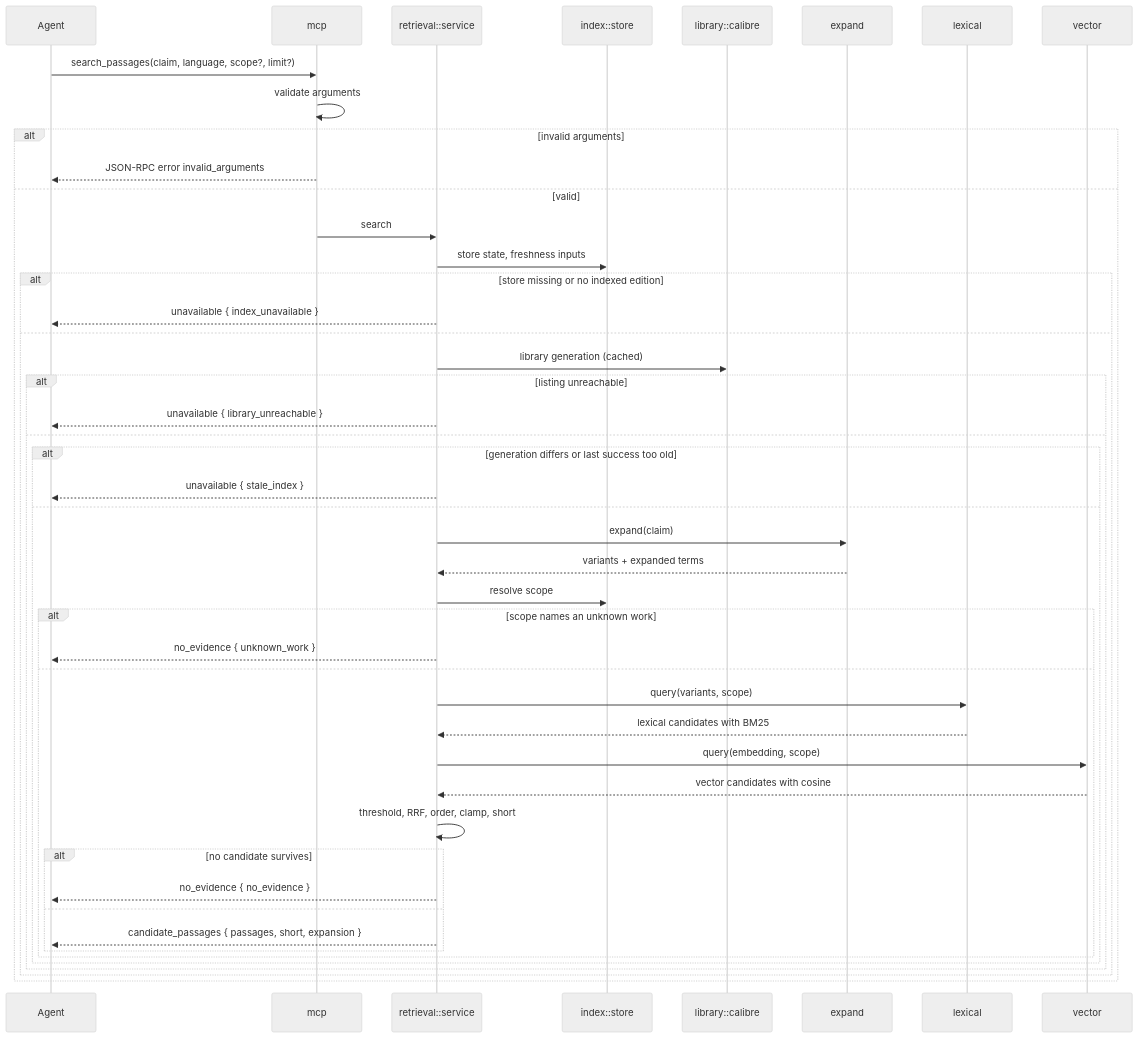
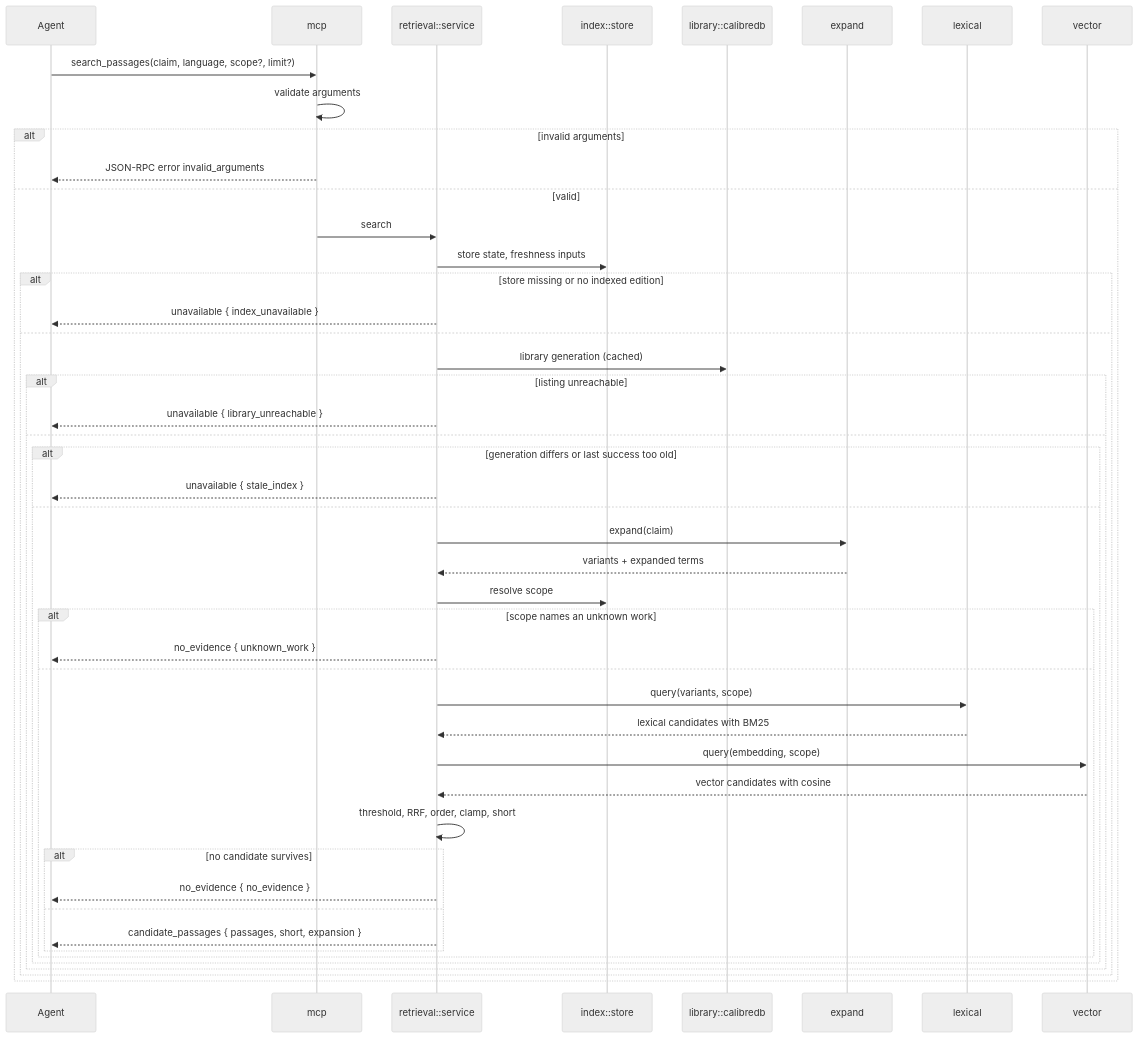
One commit to kressnerd/lesefrucht changed the first of 3 diagrams in docs/arc42/06-runtime-view.md. Above: the diagram before and after it, drawn with Mermaid (neutral theme). The commit also changed other lines of this file and 23 other files, not shown here.

````diff
--- a/docs/arc42/06-runtime-view.md
+++ b/docs/arc42/06-runtime-view.md
@@ -8,50 +8,50 @@
 ```mermaid
 sequenceDiagram
   participant A as Agent
   participant M as mcp
   participant S as retrieval::service
   participant St as index::store
-  participant C as library::calibre
+  participant C as library::calibredb
   participant E as expand
   participant L as lexical
   participant V as vector
 
   A->>M: search_passages(claim, language, scope?, limit?)
   M->>M: validate arguments
   alt invalid arguments
     M-->>A: JSON-RPC error invalid_arguments
   else valid
     M->>S: search
     S->>St: store state, freshness inputs
     alt store missing or no indexed edition
       S-->>A: unavailable { index_unavailable }
     else
       S->>C: library generation (cached)
       alt listing unreachable
         S-->>A: unavailable { library_unreachable }
       else
         alt generation differs or last success too old
           S-->>A: unavailable { stale_index }
         else
           S->>E: expand(claim)
           E-->>S: variants + expanded terms
           S->>St: resolve scope
           alt scope names an unknown work
             S-->>A: no_evidence { unknown_work }
           else
             S->>L: query(variants, scope)
             L-->>S: lexical candidates with BM25
             S->>V: query(embedding, scope)
             V-->>S: vector candidates with cosine
             S->>S: threshold, RRF, order, clamp, short
             alt no candidate survives
               S-->>A: no_evidence { no_evidence }
             else
               S-->>A: candidate_passages { passages, short, expansion }
             end
           end
         end
       end
     end
   end
 ```
````
